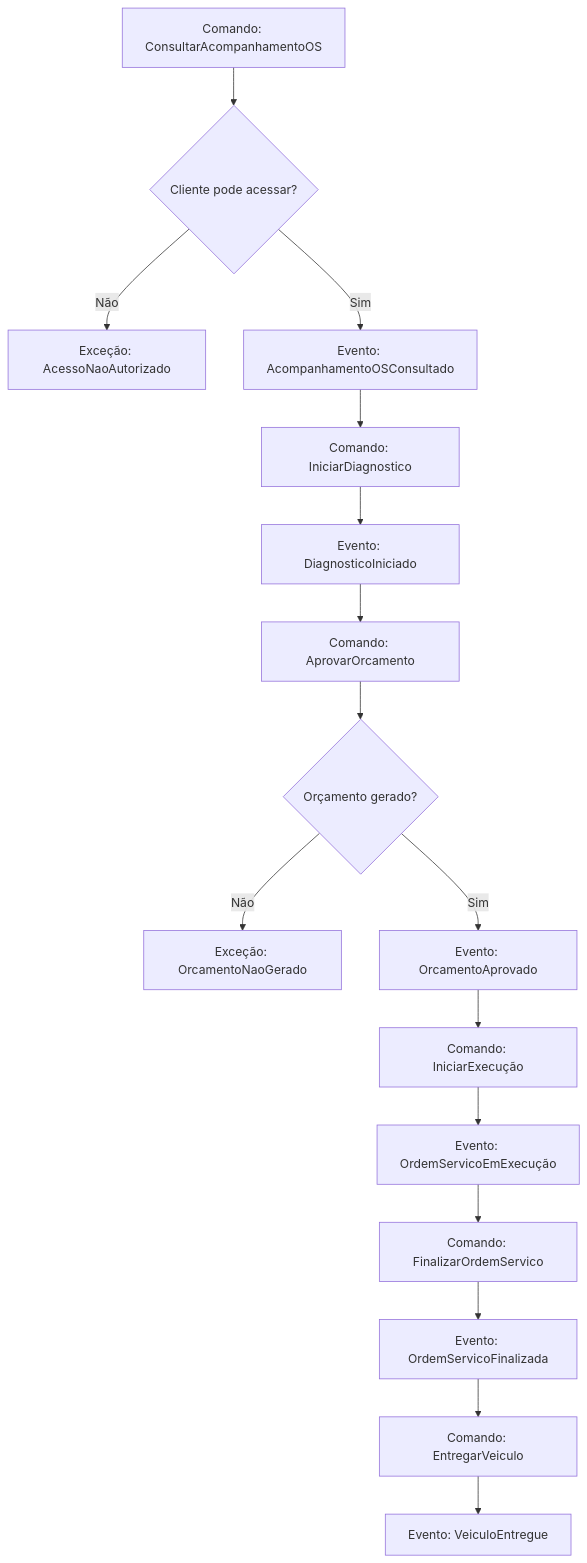
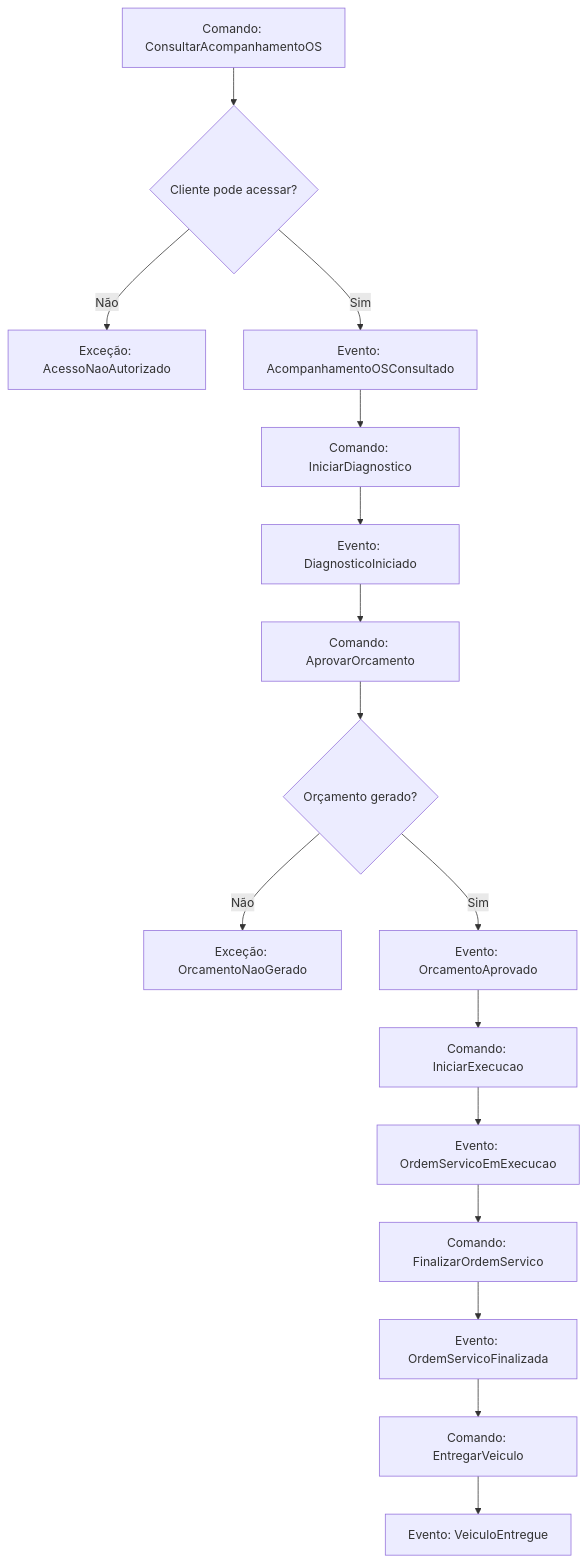
Before and after one commit to yxsbx/SOAT-FIAP: the second of 4 diagrams in docs/EVENT_STORMING.md, drawn with Mermaid. The commit also changed other lines of this file and 8 other files, not shown here.

````diff
--- a/docs/EVENT_STORMING.md
+++ b/docs/EVENT_STORMING.md
@@ -388,18 +388,18 @@
 ```mermaid
 flowchart TD
     C1["Comando: ConsultarAcompanhamentoOS"] --> D1{Cliente pode acessar?}
     D1 -- "Não" --> X1["Exceção: AcessoNaoAutorizado"]
     D1 -- "Sim" --> E1["Evento: AcompanhamentoOSConsultado"]
     E1 --> C2["Comando: IniciarDiagnostico"]
     C2 --> E2["Evento: DiagnosticoIniciado"]
     E2 --> C3["Comando: AprovarOrcamento"]
     C3 --> D2{Orçamento gerado?}
     D2 -- "Não" --> X2["Exceção: OrcamentoNaoGerado"]
     D2 -- "Sim" --> E3["Evento: OrcamentoAprovado"]
-    E3 --> C4["Comando: IniciarExecução"]
-    C4 --> E4["Evento: OrdemServicoEmExecução"]
+    E3 --> C4["Comando: IniciarExecucao"]
+    C4 --> E4["Evento: OrdemServicoEmExecucao"]
     E4 --> C5["Comando: FinalizarOrdemServico"]
     C5 --> E5["Evento: OrdemServicoFinalizada"]
     E5 --> C6["Comando: EntregarVeiculo"]
     C6 --> E6["Evento: VeiculoEntregue"]
 ```
````
